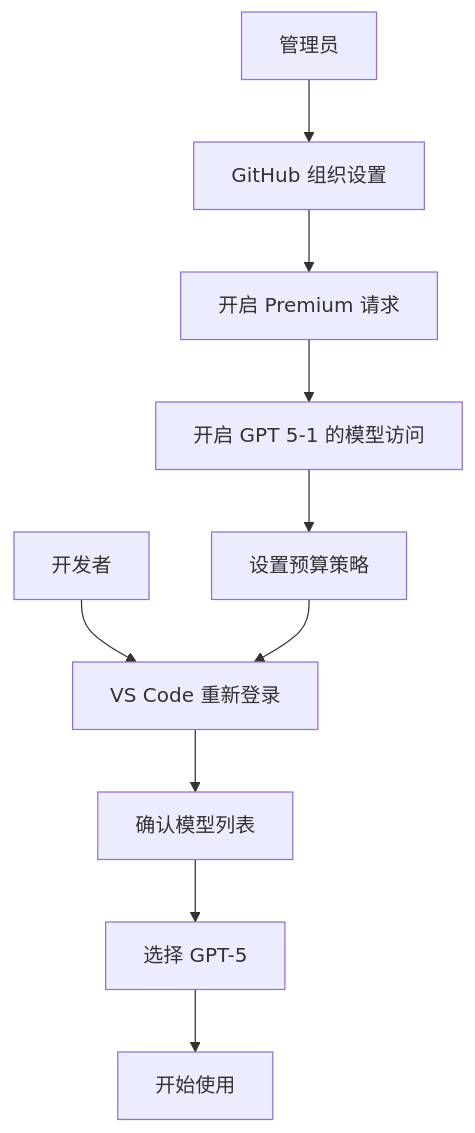
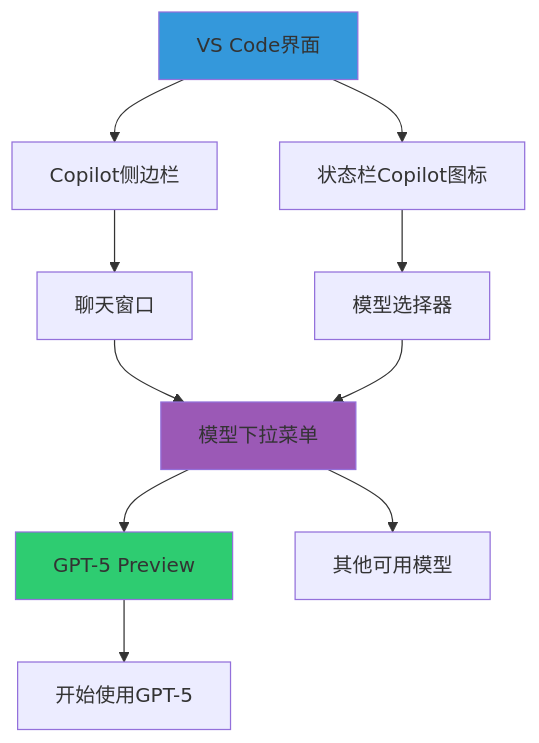
Before and after one commit to ghcpSharing/library: diagram 30 of 37 in annoucements/GPT-5-on-Boarded.md, drawn with Mermaid. The commit also changed other lines of this file, not shown here.

Commit message:
Add comprehensive multimedia content to GPT-5-on-Boarded.md

````diff
--- a/annoucements/GPT-5-on-Boarded.md
+++ b/annoucements/GPT-5-on-Boarded.md
@@ -192,14 +860,20 @@
 ```mermaid
-graph TD
-    A[管理员] --> B[GitHub 组织设置]
-    B --> C[开启 Premium 请求]
-    C --> D[开启 GPT 5-1 的模型访问]
-    D --> E[设置预算策略]
+graph TB
+    A[VS Code界面] --> B[Copilot侧边栏]
+    A --> C[状态栏Copilot图标]
     
-    F[开发者] --> G[VS Code 重新登录]
-    G --> H[确认模型列表]
-    H --> I[选择 GPT-5]
-    I --> J[开始使用]
+    B --> D[聊天窗口]
+    C --> E[模型选择器]
     
-    E --> G
+    D --> F[模型下拉菜单]
+    E --> F
+    
+    F --> G[GPT-5 Preview]
+    F --> H[其他可用模型]
+    
+    G --> I[开始使用GPT-5]
+    
+    style A fill:#3498db
+    style F fill:#9b59b6
+    style G fill:#2ecc71
 ```
````
